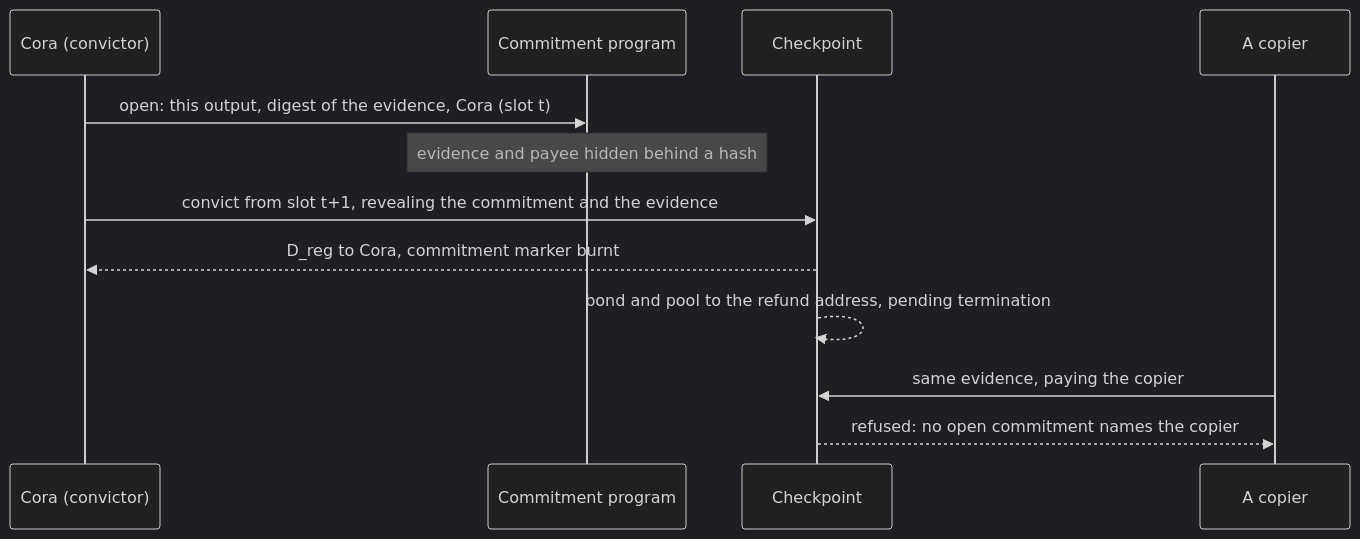
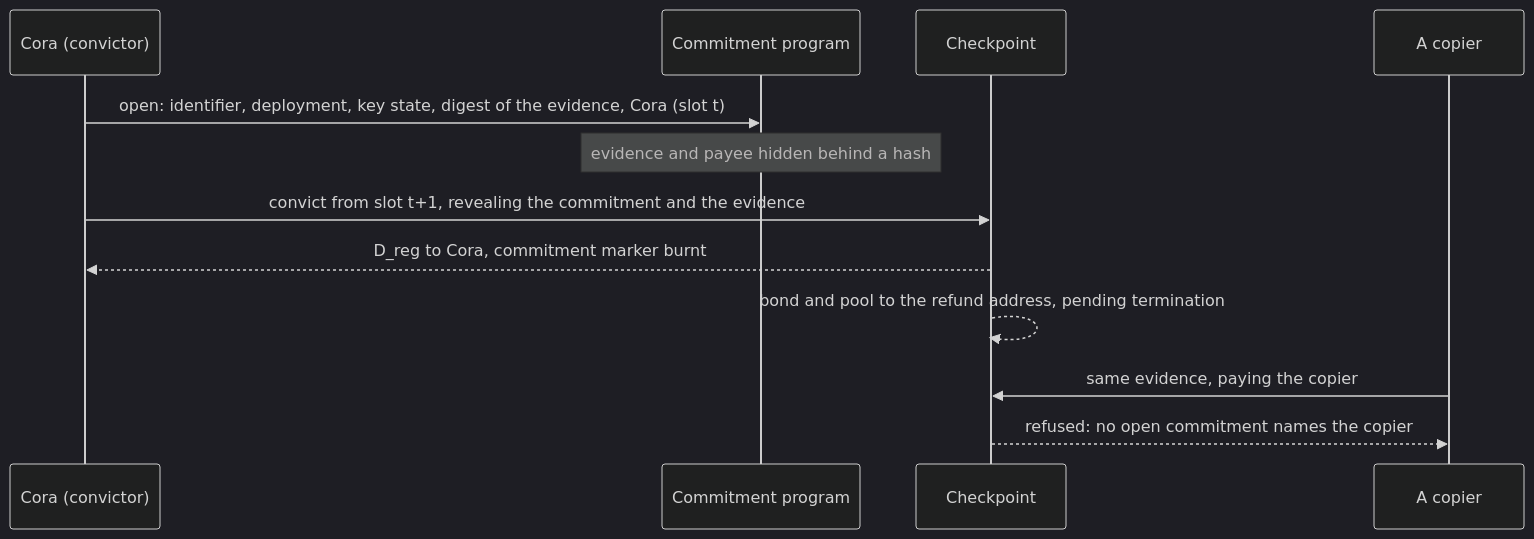
Before and after one commit to lambdasistemi/cardano-keri: the second of 3 diagrams in docs/design/trust-model.md, drawn with Mermaid (dark theme). The commit also changed other lines of this file and 12 other files, not shown here.

First line of the commit message:
docs: a conviction's commitment names the key state and the deployment

````diff
--- a/docs/design/trust-model.md
+++ b/docs/design/trust-model.md
@@ -285,14 +287,14 @@
 ```mermaid
 sequenceDiagram
   participant C as Cora (convictor)
   participant P as Commitment program
   participant K as Checkpoint
   participant M as A copier
-  C->>P: open: this output, digest of the evidence, Cora (slot t)
+  C->>P: open: identifier, deployment, key state, digest of the evidence, Cora (slot t)
   Note over P: evidence and payee hidden behind a hash
   C->>K: convict from slot t+1, revealing the commitment and the evidence
   K-->>C: D_reg to Cora, commitment marker burnt
   K-->>K: bond and pool to the refund address, pending termination
   M->>K: same evidence, paying the copier
   K-->>M: refused: no open commitment names the copier
 ```
````
